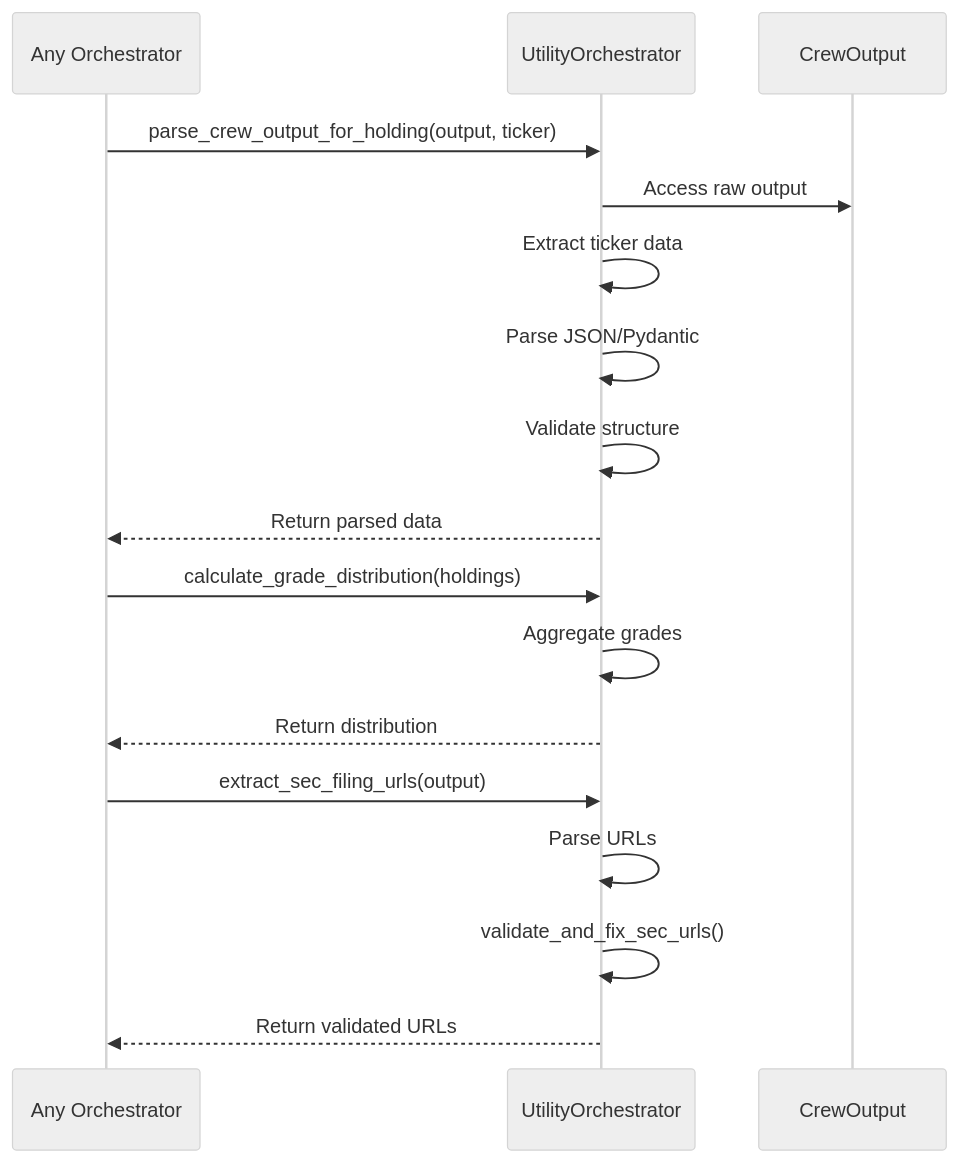
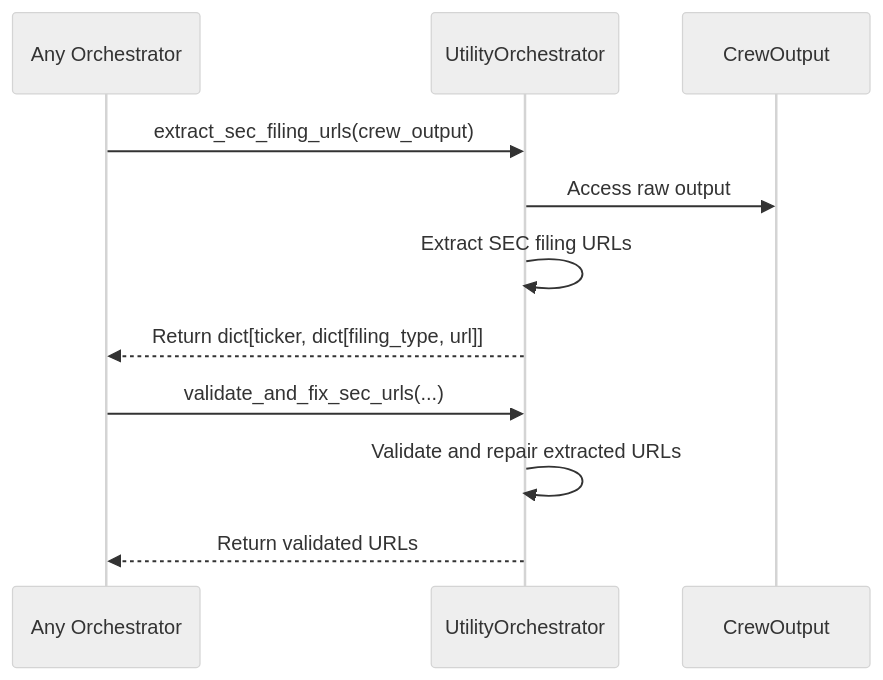
The tenth of 13 diagrams in docs/explanations/ORCHESTRATOR_INTERACTIONS.md (fjacquet/finwiz), drawn with Mermaid (neutral theme) before and after one commit. The commit also changed other lines of this file and 1 other file, not shown here.

````diff
--- a/docs/explanations/ORCHESTRATOR_INTERACTIONS.md
+++ b/docs/explanations/ORCHESTRATOR_INTERACTIONS.md
@@ -303,22 +314,15 @@
 ```mermaid
 sequenceDiagram
     participant Orch as Any Orchestrator
     participant Util as UtilityOrchestrator
     participant Crew as CrewOutput
 
-    Orch->>Util: parse_crew_output_for_holding(output, ticker)
+    Orch->>Util: extract_sec_filing_urls(crew_output)
     Util->>Crew: Access raw output
-    Util->>Util: Extract ticker data
-    Util->>Util: Parse JSON/Pydantic
-    Util->>Util: Validate structure
-    Util-->>Orch: Return parsed data
+    Util->>Util: Extract SEC filing URLs
+    Util-->>Orch: Return dict[ticker, dict[filing_type, url]]
 
-    Orch->>Util: calculate_grade_distribution(holdings)
-    Util->>Util: Aggregate grades
-    Util-->>Orch: Return distribution
-
-    Orch->>Util: extract_sec_filing_urls(output)
-    Util->>Util: Parse URLs
-    Util->>Util: validate_and_fix_sec_urls()
+    Orch->>Util: validate_and_fix_sec_urls(...)
+    Util->>Util: Validate and repair extracted URLs
     Util-->>Orch: Return validated URLs
 ```
````
